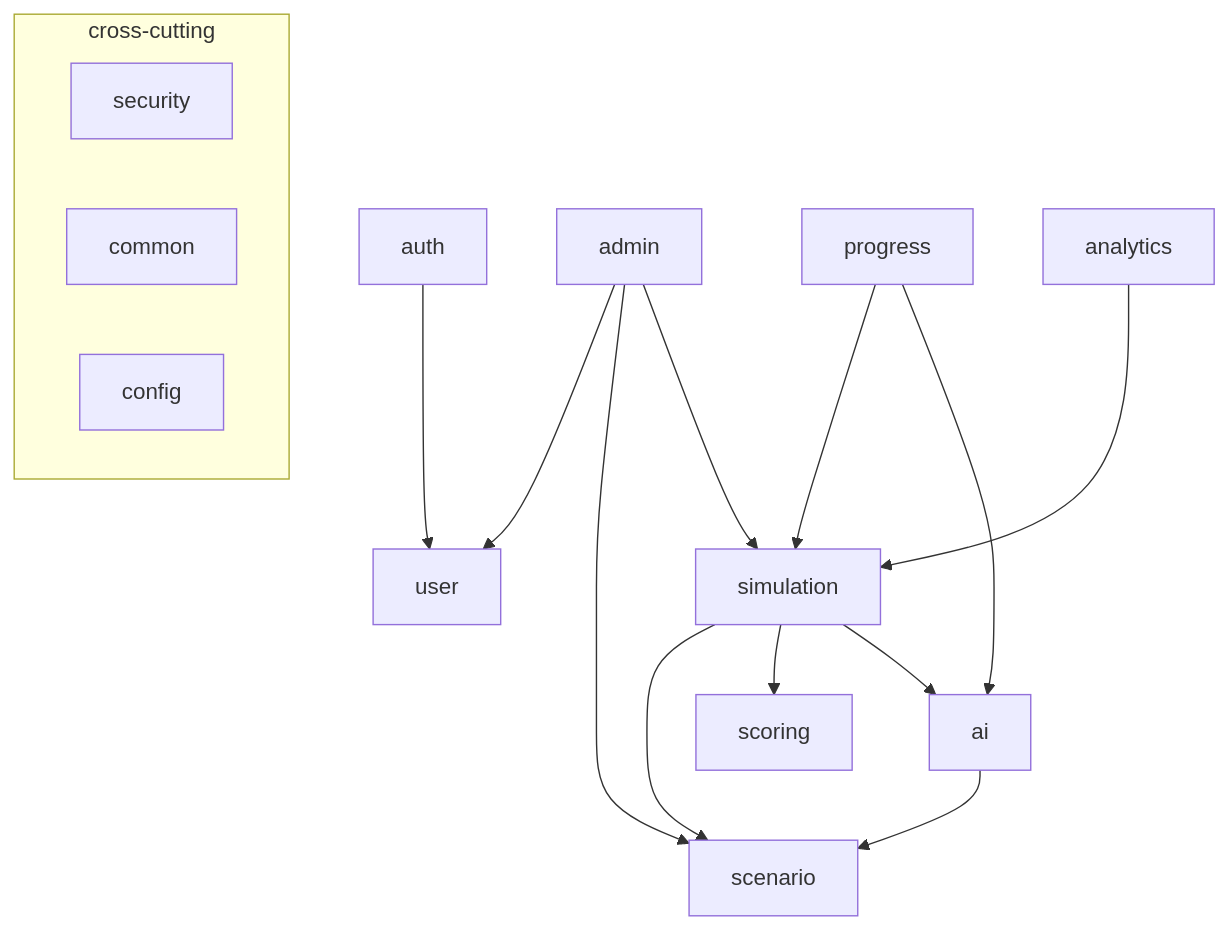
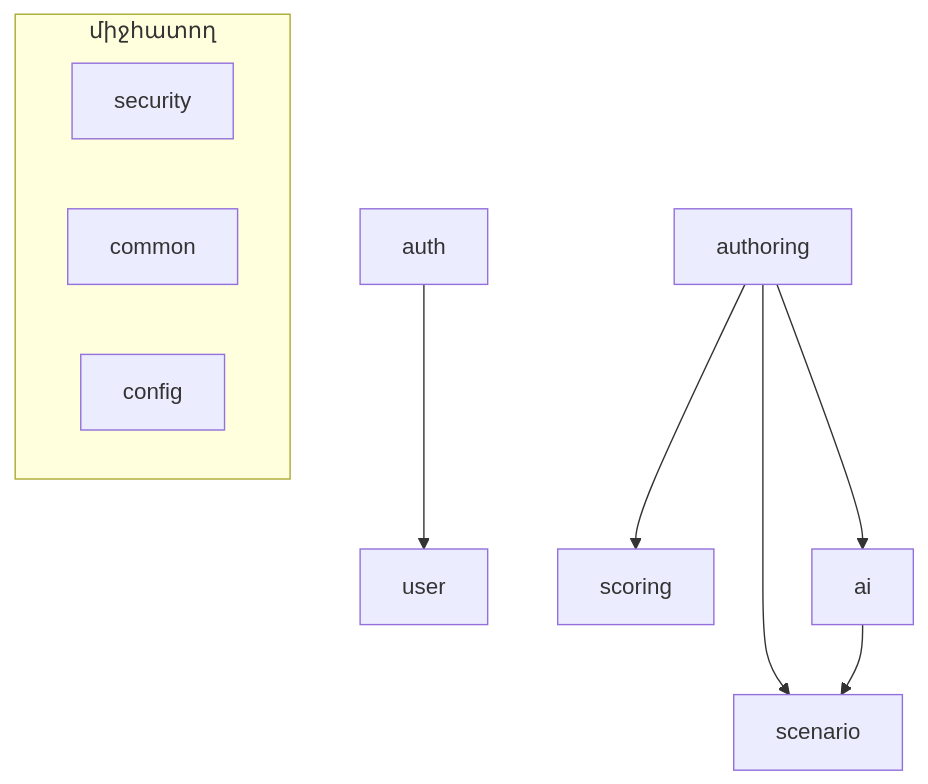
The second of 4 diagrams in docs/hy/04-system-architecture.md (baghdasaryanzenfira-spec/cyber-sim), drawn with Mermaid before and after one commit. The commit also changed other lines of this file and 37 other files, not shown here.

````diff
--- a/docs/hy/04-system-architecture.md
+++ b/docs/hy/04-system-architecture.md
@@ -54,19 +62,13 @@
 ```mermaid
 flowchart TB
   auth --> user
-  admin --> user
-  admin --> scenario
-  admin --> simulation
-  simulation --> scenario
-  simulation --> scoring
-  simulation --> ai
+  authoring --> scenario
+  authoring --> scoring
+  authoring --> ai
   ai --> scenario
-  progress --> simulation
-  progress --> ai
-  analytics --> simulation
-  subgraph cross-cutting
+  subgraph միջհատող
     security
     common
     config
   end
 ```
````
